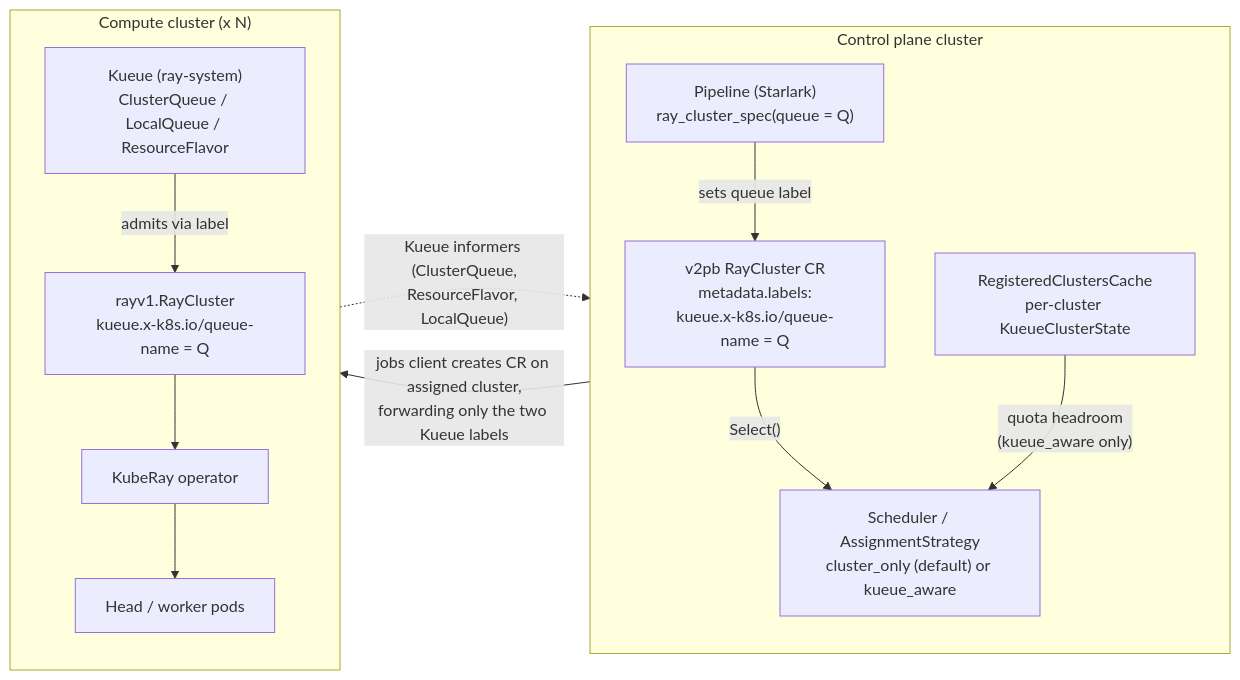
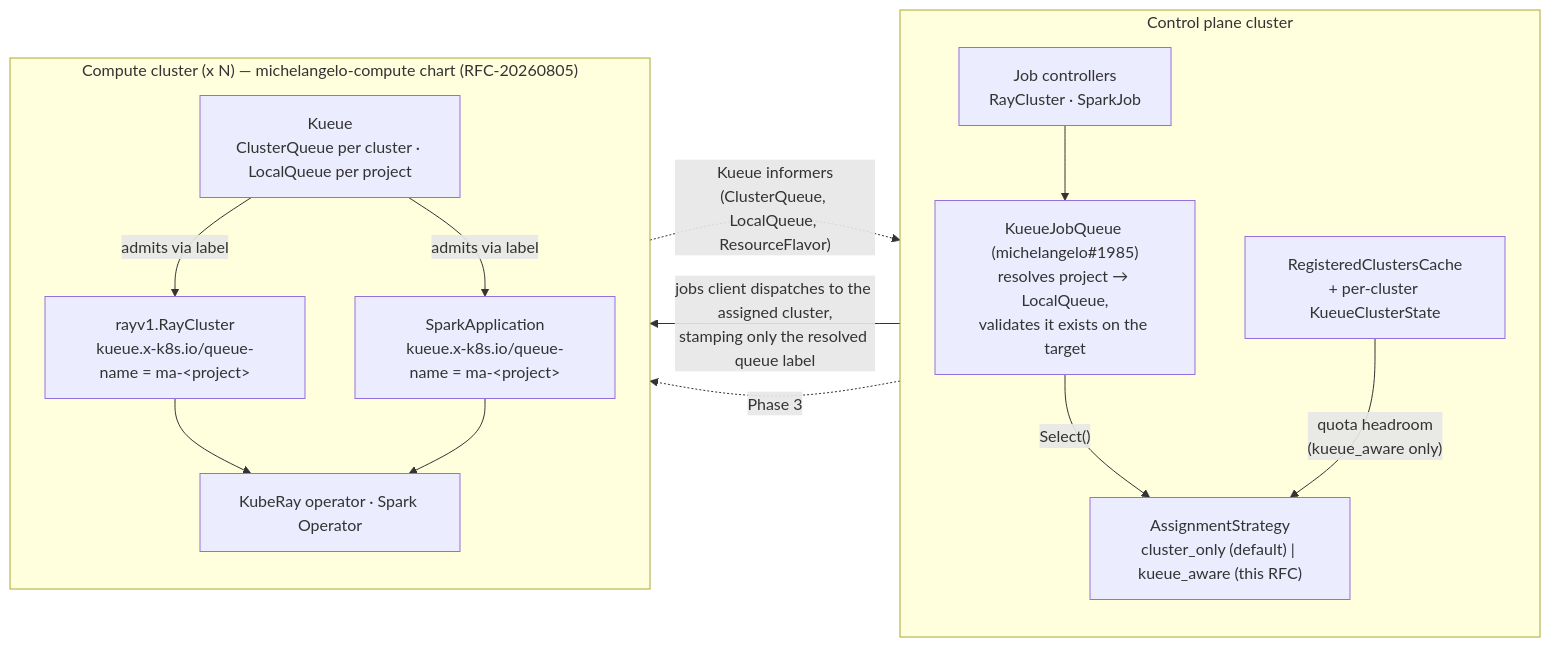
The first of 2 diagrams in rfcs/20260731-kueue-integration/20260731-kueue-integration.md (michelangelo-ai/enhancements), drawn with Mermaid before and after one commit. The commit also changed other lines of this file, not shown here.

First line of the commit message:
rfc(kueue): reposition on the merged Kueue backend; add Spark and queue-object placement

````diff
--- a/rfcs/20260731-kueue-integration/20260731-kueue-integration.md
+++ b/rfcs/20260731-kueue-integration/20260731-kueue-integration.md
@@ -57,27 +52,29 @@
 ```mermaid
 flowchart LR
     subgraph cp["Control plane cluster"]
         direction TB
-        pipeline["Pipeline (Starlark)<br/>ray_cluster_spec(queue = Q)"]
-        crd["v2pb RayCluster CR<br/>metadata.labels:<br/>kueue.x-k8s.io/queue-name = Q"]
-        sched["Scheduler / AssignmentStrategy<br/>cluster_only (default) or kueue_aware"]
-        cache["RegisteredClustersCache<br/>per-cluster KueueClusterState"]
-        pipeline -->|"sets queue label"| crd
-        crd -->|"Select()"| sched
-        cache -->|"quota headroom<br/>(kueue_aware only)"| sched
+        ctrl["Job controllers<br/>RayCluster · SparkJob"]
+        kq["KueueJobQueue (michelangelo#1985)<br/>resolves project → LocalQueue,<br/>validates it exists on the target"]
+        strat["AssignmentStrategy<br/>cluster_only (default) | kueue_aware (this RFC)"]
+        cache["RegisteredClustersCache<br/>+ per-cluster KueueClusterState"]
+        ctrl --> kq
+        kq -->|"Select()"| strat
+        cache -->|"quota headroom<br/>(kueue_aware only)"| strat
     end
 
-    subgraph cc["Compute cluster (x N)"]
+    subgraph cc["Compute cluster (x N) — michelangelo-compute chart (RFC-20260805)"]
         direction TB
-        kueue["Kueue (ray-system)<br/>ClusterQueue / LocalQueue / ResourceFlavor"]
-        kuberay["rayv1.RayCluster<br/>kueue.x-k8s.io/queue-name = Q"]
-        op["KubeRay operator"]
-        pods["Head / worker pods"]
-        kueue -->|"admits via label"| kuberay
-        kuberay --> op
-        op --> pods
+        kueue["Kueue<br/>ClusterQueue per cluster · LocalQueue per project"]
+        rc["rayv1.RayCluster<br/>kueue.x-k8s.io/queue-name = ma-&lt;project&gt;"]
+        sa["SparkApplication<br/>kueue.x-k8s.io/queue-name = ma-&lt;project&gt;"]
+        ops["KubeRay operator · Spark Operator"]
+        kueue -->|"admits via label"| rc
+        kueue -->|"admits via label"| sa
+        rc --> ops
+        sa --> ops
     end
 
-    sched -->|"jobs client creates CR on assigned cluster,<br/>forwarding only the two Kueue labels"| kuberay
-    kueue -.->|"Kueue informers (ClusterQueue,<br/>ResourceFlavor, LocalQueue)"| cache
+    strat -->|"jobs client dispatches to the assigned cluster,<br/>stamping only the resolved queue label"| rc
+    strat -.->|"Phase 3"| sa
+    kueue -.->|"Kueue informers<br/>(ClusterQueue, LocalQueue, ResourceFlavor)"| cache
 ```
````
